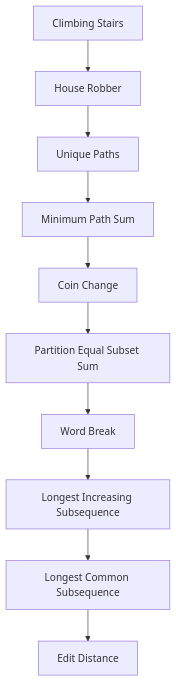
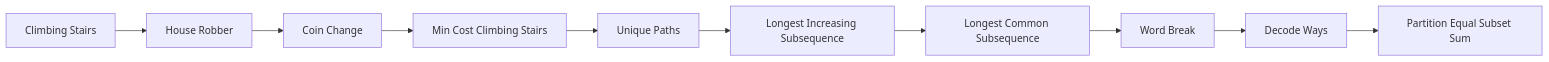
Diagram 16 of 16 in docs/datastructures/dynamic-programming.md (9999dude/omega), drawn with Mermaid before and after one commit. The commit also changed other lines of this file and 58 other files, not shown here.

````diff
--- a/docs/datastructures/dynamic-programming.md
+++ b/docs/datastructures/dynamic-programming.md
@@ -1742,12 +913,13 @@
 ```mermaid
-flowchart TD
-    A["Climbing Stairs"] --> B["House Robber"]
-    B --> C["Unique Paths"]
-    C --> D["Minimum Path Sum"]
-    D --> E["Coin Change"]
-    E --> F["Partition Equal Subset Sum"]
-    F --> G["Word Break"]
-    G --> H["Longest Increasing Subsequence"]
-    H --> I["Longest Common Subsequence"]
-    I --> J["Edit Distance"]
+flowchart LR
+    Q0["Climbing Stairs"]
+    Q0 --> Q1["House Robber"]
+    Q1 --> Q2["Coin Change"]
+    Q2 --> Q3["Min Cost Climbing Stairs"]
+    Q3 --> Q4["Unique Paths"]
+    Q4 --> Q5["Longest Increasing Subsequence"]
+    Q5 --> Q6["Longest Common Subsequence"]
+    Q6 --> Q7["Word Break"]
+    Q7 --> Q8["Decode Ways"]
+    Q8 --> Q9["Partition Equal Subset Sum"]
 ```
````
